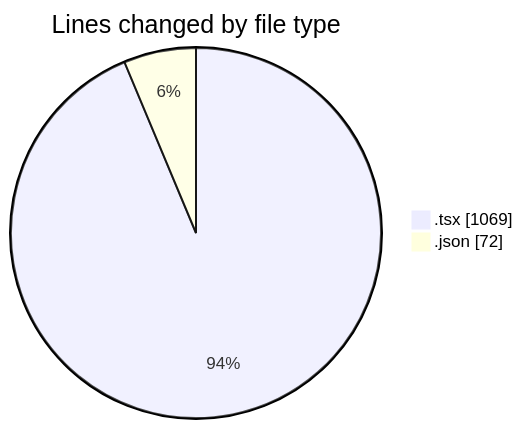
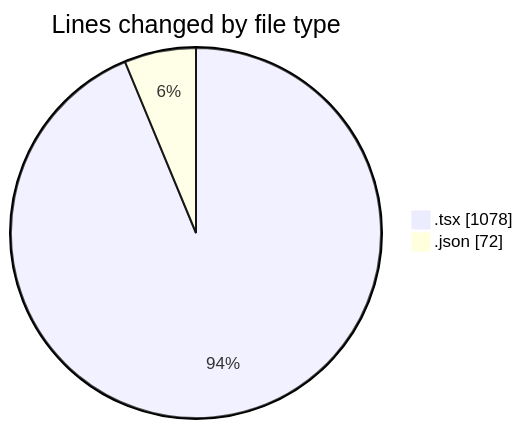
Before and after one commit to momahboobian/code-tracking: the first of 2 diagrams in 2026-11-11/cda/README.md, drawn with Mermaid. The commit also changed other lines of this file and 1 other file, not shown here.

````diff
--- a/2026-11-11/cda/README.md
+++ b/2026-11-11/cda/README.md
@@ -24,6 +24,6 @@
 ```mermaid
 pie showData
 title Lines changed by file type
-".tsx" : 1069
+".tsx" : 1078
 ".json" : 72
 ```
````
